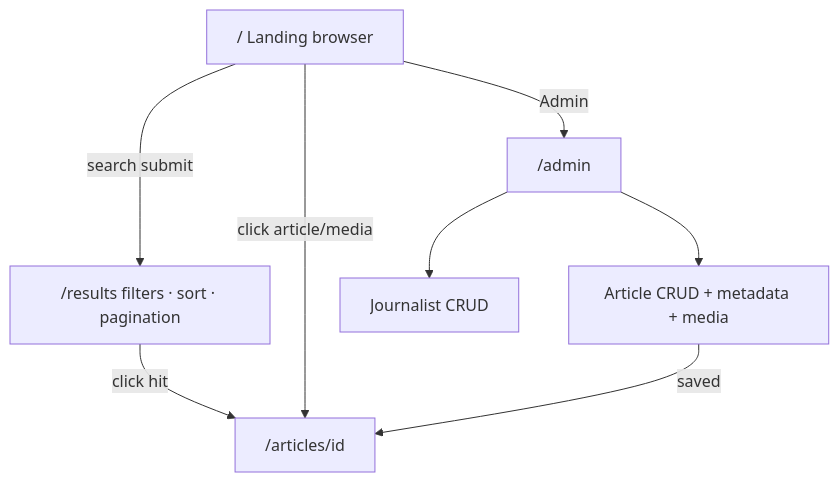
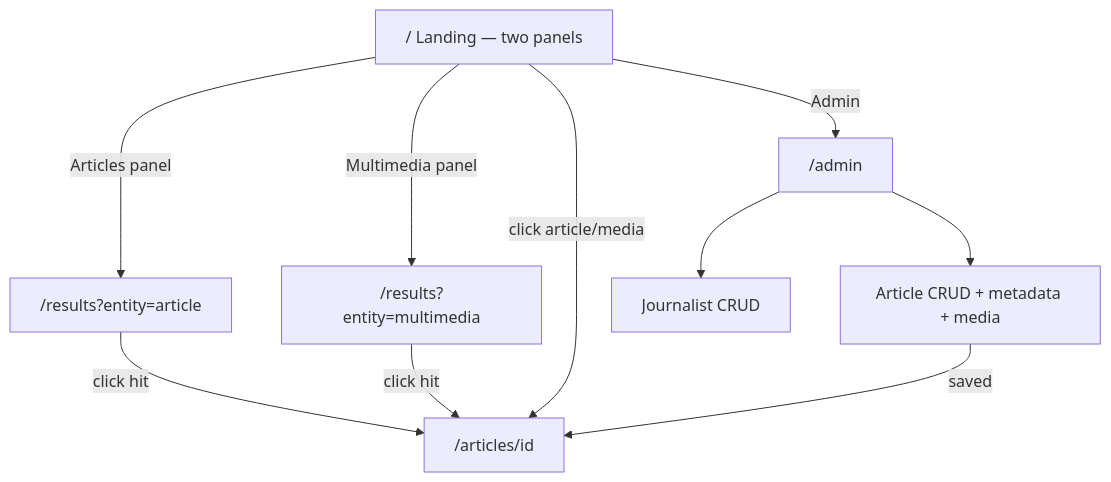
The diagram in docs/frontend-information-architecture.md (bigfito/gotham-media-browser), drawn with Mermaid before and after one commit. The commit also changed other lines of this file and 1 other file, not shown here.

First line of the commit message:
Split landing into article and multimedia search panels

````diff
--- a/docs/frontend-information-architecture.md
+++ b/docs/frontend-information-architecture.md
@@ -134,10 +162,13 @@
 ```mermaid
 flowchart TD
-  L["/ Landing browser"] -->|search submit| R["/results filters · sort · pagination"]
+  L["/ Landing — two panels"]
+  L -->|Articles panel| RA["/results?entity=article"]
+  L -->|Multimedia panel| RM["/results?entity=multimedia"]
   L -->|click article/media| D["/articles/id"]
-  R -->|click hit| D
+  RA -->|click hit| D
+  RM -->|click hit| D
   L -->|Admin| A["/admin"]
   A --> J["Journalist CRUD"]
   A --> C["Article CRUD + metadata + media"]
   C -->|saved| D
 ```
````
